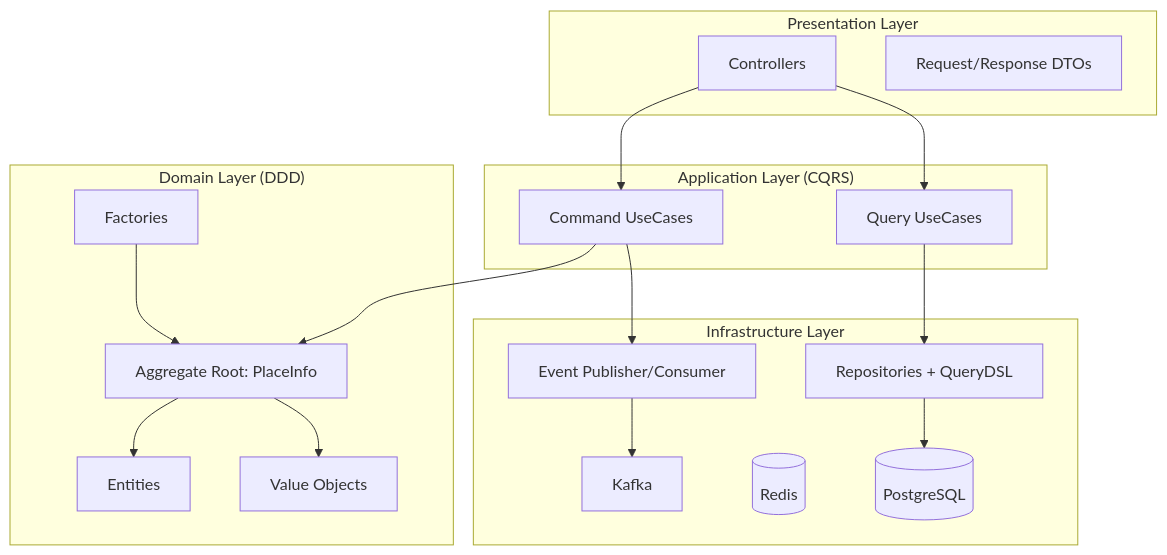
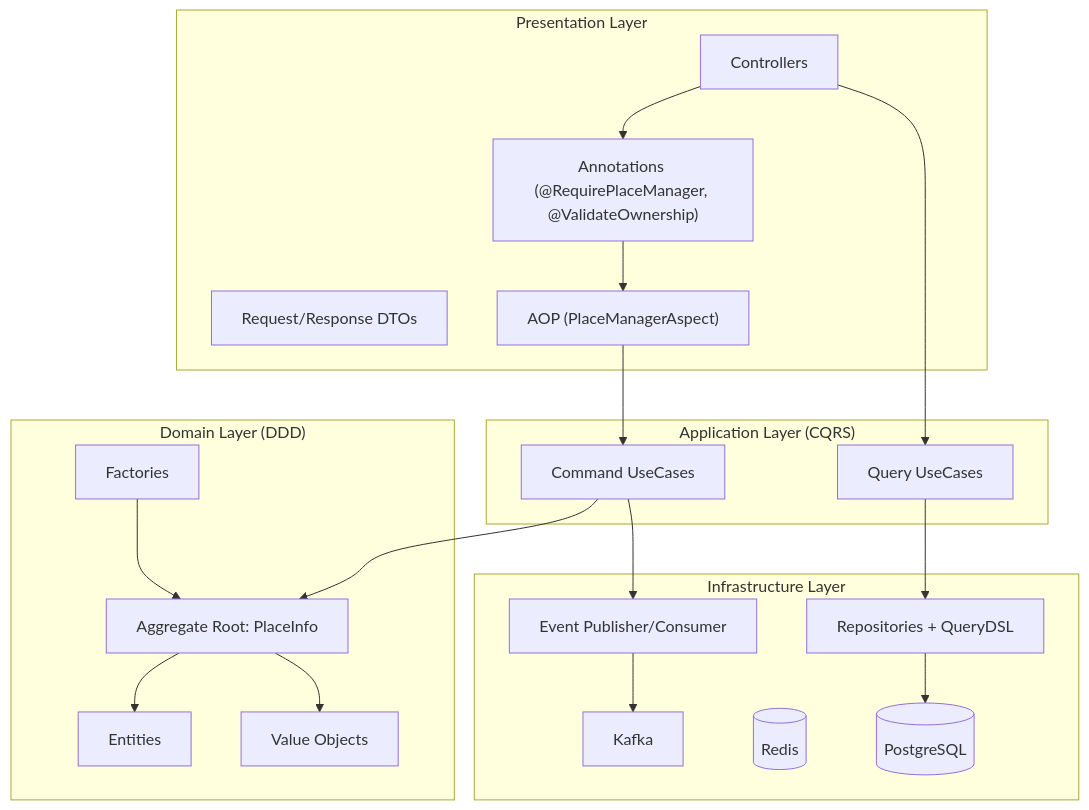
Before and after one commit to DDINGJOO/PLACE_INFO_SERVICE_SERVER: the second of 8 diagrams in README.md, drawn with Mermaid. The commit also changed other lines of this file, not shown here.

````diff
--- a/README.md
+++ b/README.md
@@ -85,38 +85,42 @@
 ```mermaid
 flowchart TB
     subgraph Presentation["Presentation Layer"]
         CTRL[Controllers]
         DTO[Request/Response DTOs]
+        AOP["AOP (PlaceManagerAspect)"]
+        ANNO["Annotations (@RequirePlaceManager, @ValidateOwnership)"]
     end
 
     subgraph Application["Application Layer (CQRS)"]
         CMD[Command UseCases]
         QRY[Query UseCases]
     end
 
     subgraph Domain["Domain Layer (DDD)"]
         AGG[Aggregate Root: PlaceInfo]
         ENT[Entities]
         VO[Value Objects]
         FACTORY[Factories]
     end
 
     subgraph Infrastructure["Infrastructure Layer"]
         REPO[Repositories + QueryDSL]
         EVT[Event Publisher/Consumer]
         DB[(PostgreSQL)]
         CACHE[(Redis)]
         BROKER[Kafka]
     end
 
-    CTRL --> CMD
+    CTRL --> ANNO
+    ANNO --> AOP
+    AOP --> CMD
     CTRL --> QRY
     CMD --> AGG
     QRY --> REPO
     AGG --> ENT
     AGG --> VO
     FACTORY --> AGG
     REPO --> DB
     EVT --> BROKER
     CMD --> EVT
 ```
````
